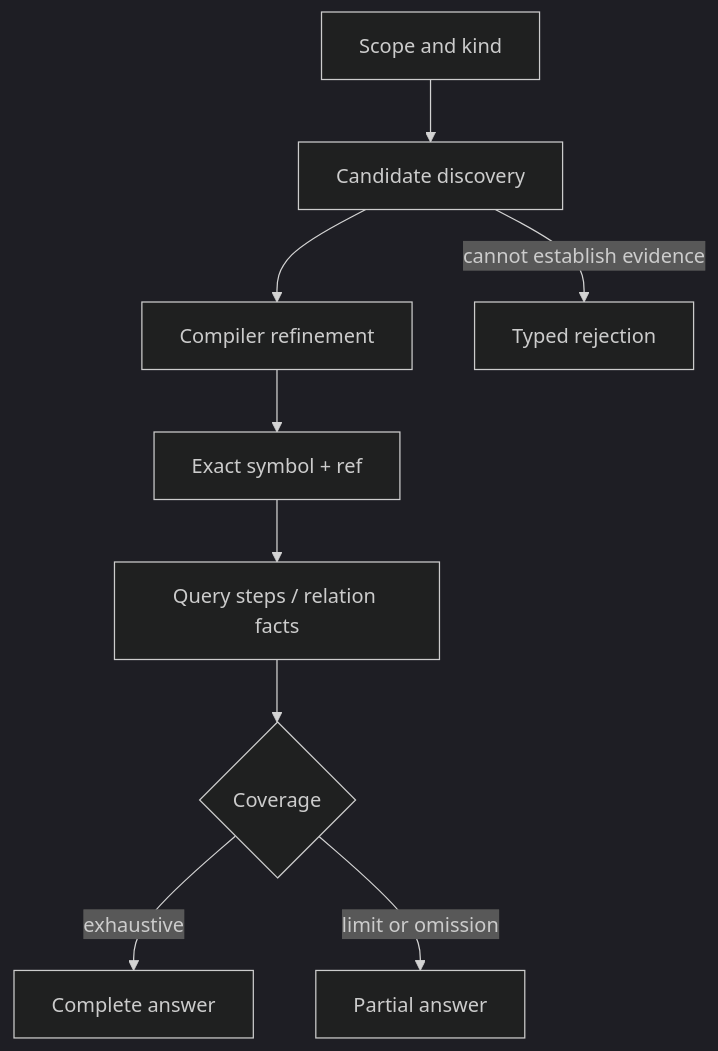
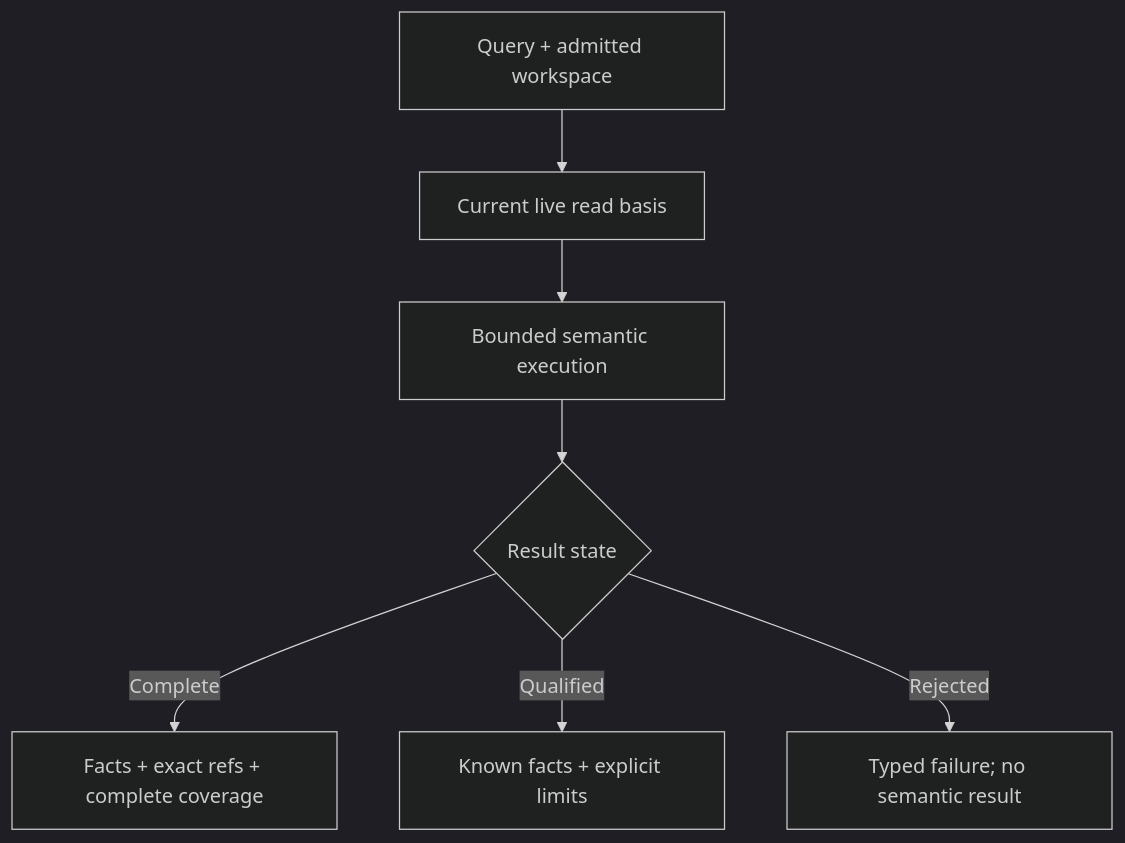
Before and after one commit to amichne/kast: the diagram in docs/public/concepts/architecture.mdx, drawn with Mermaid (dark theme). The commit also changed other lines of this file and 7 other files, not shown here.

````diff
--- a/docs/public/concepts/architecture.mdx
+++ b/docs/public/concepts/architecture.mdx
@@ -54,11 +17,9 @@
 ```mermaid
 flowchart TB
-  A["Scope and kind"] --> B["Candidate discovery"]
-  B --> C["Compiler refinement"]
-  C --> D["Exact symbol + ref"]
-  D --> E["Query steps / relation facts"]
-  E --> F{"Coverage"}
-  F -->|exhaustive| G["Complete answer"]
-  F -->|limit or omission| H["Partial answer"]
-  B -->|cannot establish evidence| I["Typed rejection"]
+  A["Query + admitted workspace"] --> B["Current live read basis"]
+  B --> C["Bounded semantic execution"]
+  C --> D{"Result state"}
+  D -->|Complete| E["Facts + exact refs + complete coverage"]
+  D -->|Qualified| F["Known facts + explicit limits"]
+  D -->|Rejected| G["Typed failure; no semantic result"]
 ```
````
